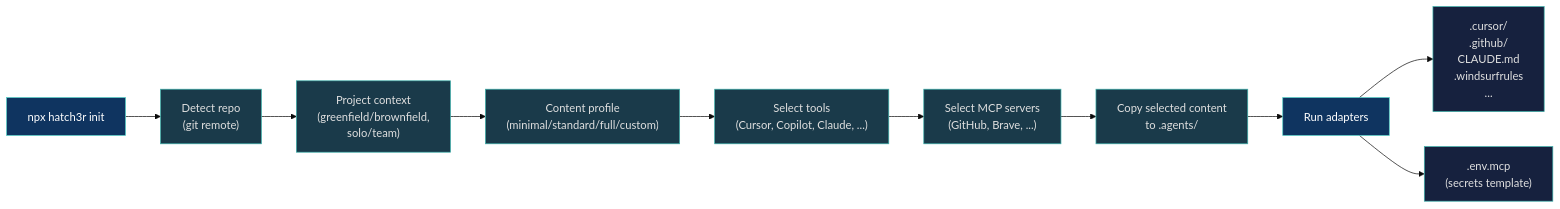
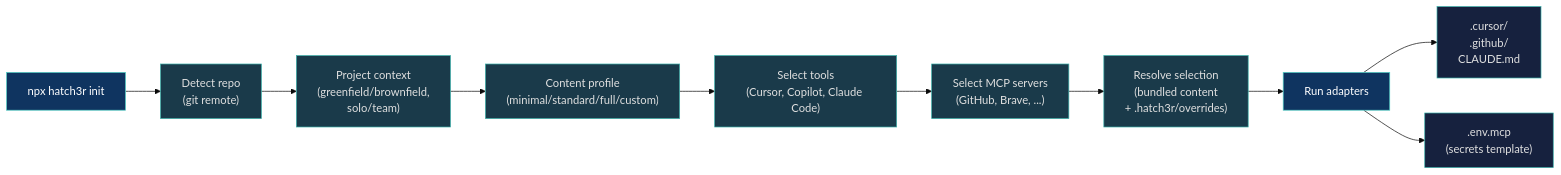
The first of 5 diagrams in website/docs/guides/agentic-process.md (hatch3r/hatch3r), drawn with Mermaid (base theme) before and after one commit. The commit also changed other lines of this file and 89 other files, not shown here.

````diff
--- a/website/docs/guides/agentic-process.md
+++ b/website/docs/guides/agentic-process.md
@@ -14,16 +14,16 @@
 ```mermaid
 flowchart LR
     classDef default fill:#1a3a4a,stroke:#3aafa9,color:#e0e0e0
     classDef accent fill:#0f3460,stroke:#4ecdc4,color:#fff
     classDef output fill:#16213e,stroke:#3aafa9,color:#e0e0e0
 
     A["npx hatch3r init"]:::accent --> B["Detect repo\n(git remote)"]
     B --> B2["Project context\n(greenfield/brownfield,\nsolo/team)"]
     B2 --> B3["Content profile\n(minimal/standard/full/custom)"]
-    B3 --> C["Select tools\n(Cursor, Copilot, Claude, ...)"]
+    B3 --> C["Select tools\n(Cursor, Copilot, Claude Code)"]
     C --> D["Select MCP servers\n(GitHub, Brave, ...)"]
-    D --> E["Copy selected content\nto .agents/"]
+    D --> E["Resolve selection\n(bundled content\n+ .hatch3r/overrides)"]
     E --> F["Run adapters"]:::accent
-    F --> G[".cursor/\n.github/\nCLAUDE.md\n.windsurfrules\n..."]:::output
+    F --> G[".cursor/\n.github/\nCLAUDE.md"]:::output
     F --> H[".env.mcp\n(secrets template)"]:::output
 ```
````
